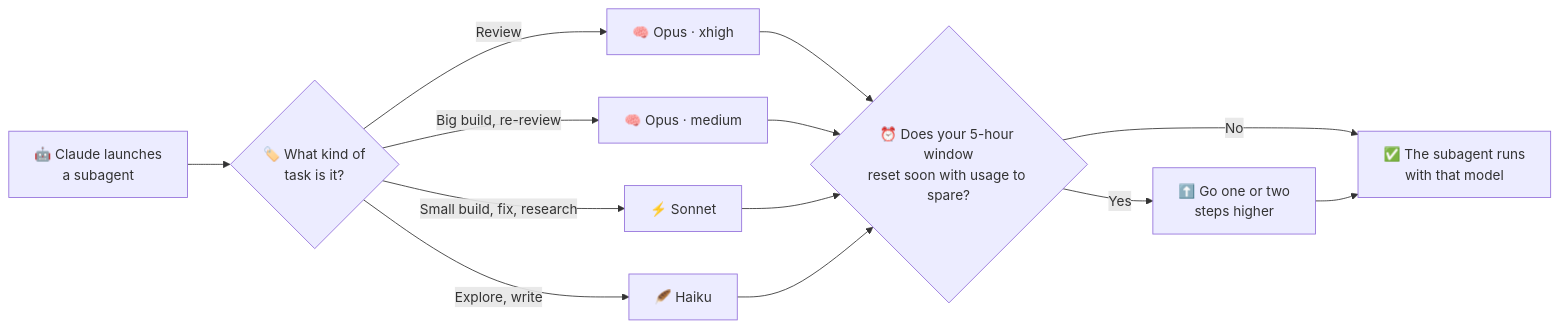
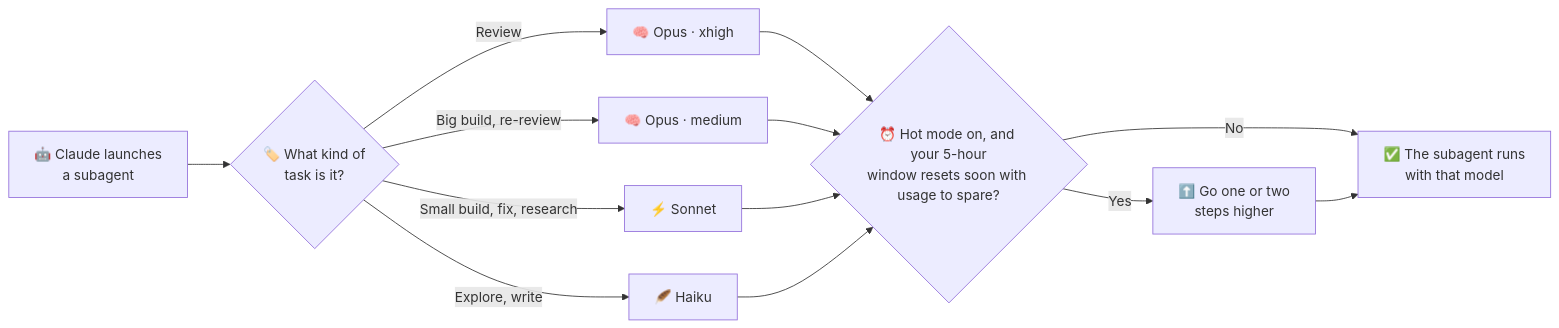
Before and after one commit to CiroVilmer/jev-agent-router: the diagram in README.md, drawn with Mermaid. The commit also changed other lines of this file and 9 other files, not shown here.

First line of the commit message:
docs(router): hot mode is opt-in everywhere; panel keeps window state with hot off

````diff
--- a/README.md
+++ b/README.md
@@ -181,12 +182,12 @@
 ```mermaid
 flowchart LR
     A["🤖 Claude launches<br/>a subagent"] --> B{"🏷️ What kind of<br/>task is it?"}
     B -->|"Review"| C["🧠 Opus · xhigh"]
     B -->|"Big build, re-review"| D["🧠 Opus · medium"]
     B -->|"Small build, fix, research"| E["⚡ Sonnet"]
     B -->|"Explore, write"| F["🪶 Haiku"]
-    C & D & E & F --> G{"⏰ Does your 5-hour window<br/>reset soon with usage to spare?"}
+    C & D & E & F --> G{"⏰ Hot mode on, and your 5-hour<br/>window resets soon with usage to spare?"}
     G -->|"Yes"| H["⬆️ Go one or two<br/>steps higher"]
     G -->|"No"| I["✅ The subagent runs<br/>with that model"]
     H --> I
 ```
````
